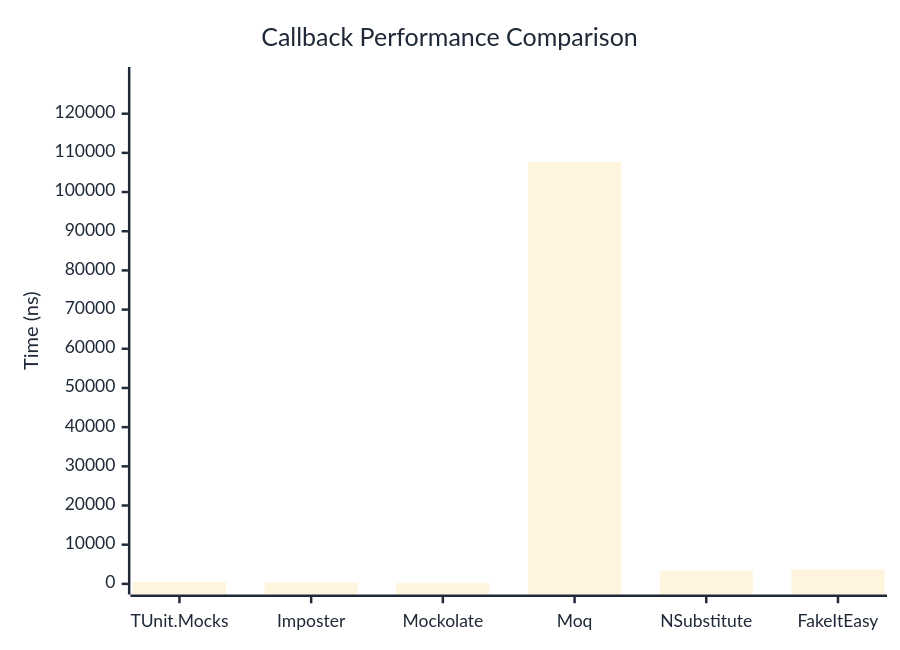
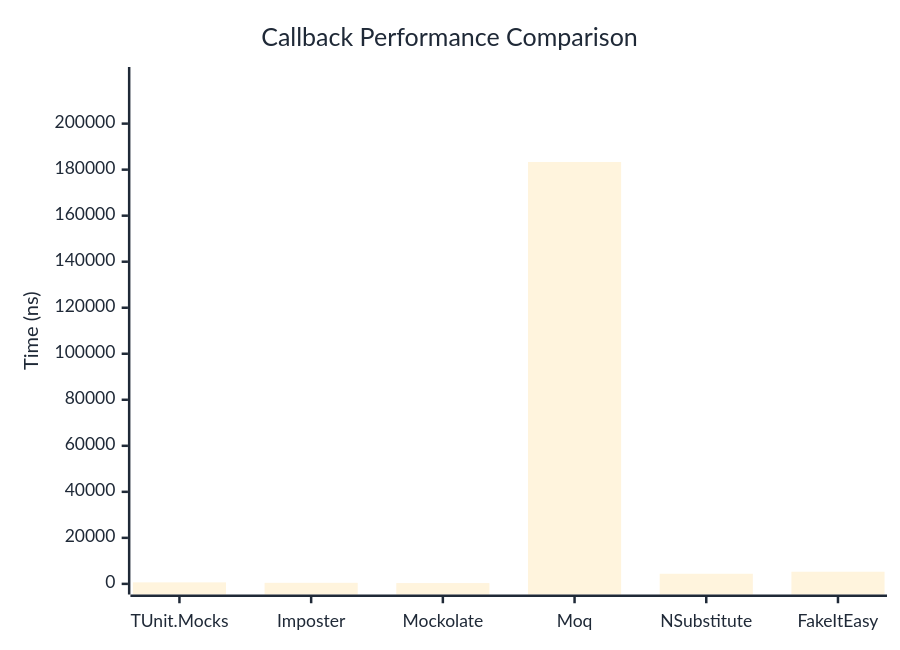
The first of 2 diagrams in docs/docs/benchmarks/mocks/Callback.md (thomhurst/TUnit), drawn with Mermaid before and after one commit. The commit also changed other lines of this file and 14 other files, not shown here.

````diff
--- a/docs/docs/benchmarks/mocks/Callback.md
+++ b/docs/docs/benchmarks/mocks/Callback.md
@@ -30,27 +30,27 @@
 ```mermaid
 %%{init: {
   'theme':'base',
   'themeVariables': {
     'primaryColor': '#2563eb',
     'primaryTextColor': '#1f2937',
     'primaryBorderColor': '#1e40af',
     'lineColor': '#6b7280',
     'secondaryColor': '#7c3aed',
     'tertiaryColor': '#dc2626',
     'background': '#ffffff',
     'pie1': '#2563eb',
     'pie2': '#7c3aed',
     'pie3': '#dc2626',
     'pie4': '#f59e0b',
     'pie5': '#10b981',
     'pie6': '#06b6d4',
     'pie7': '#ec4899',
     'pie8': '#6366f1'
   }
 }}%%
 xychart-beta
   title "Callback Performance Comparison"
   x-axis ["TUnit.Mocks", "Imposter", "Mockolate", "Moq", "NSubstitute", "FakeItEasy"]
-  y-axis "Time (ns)" 0 --> 129202
-  bar [514.2, 374.6, 264.9, 107668.3, 3332, 3688.1]
+  y-axis "Time (ns)" 0 --> 219990
+  bar [654.8, 454.3, 344.6, 183324.7, 4397.5, 5279.1]
 ```
````
